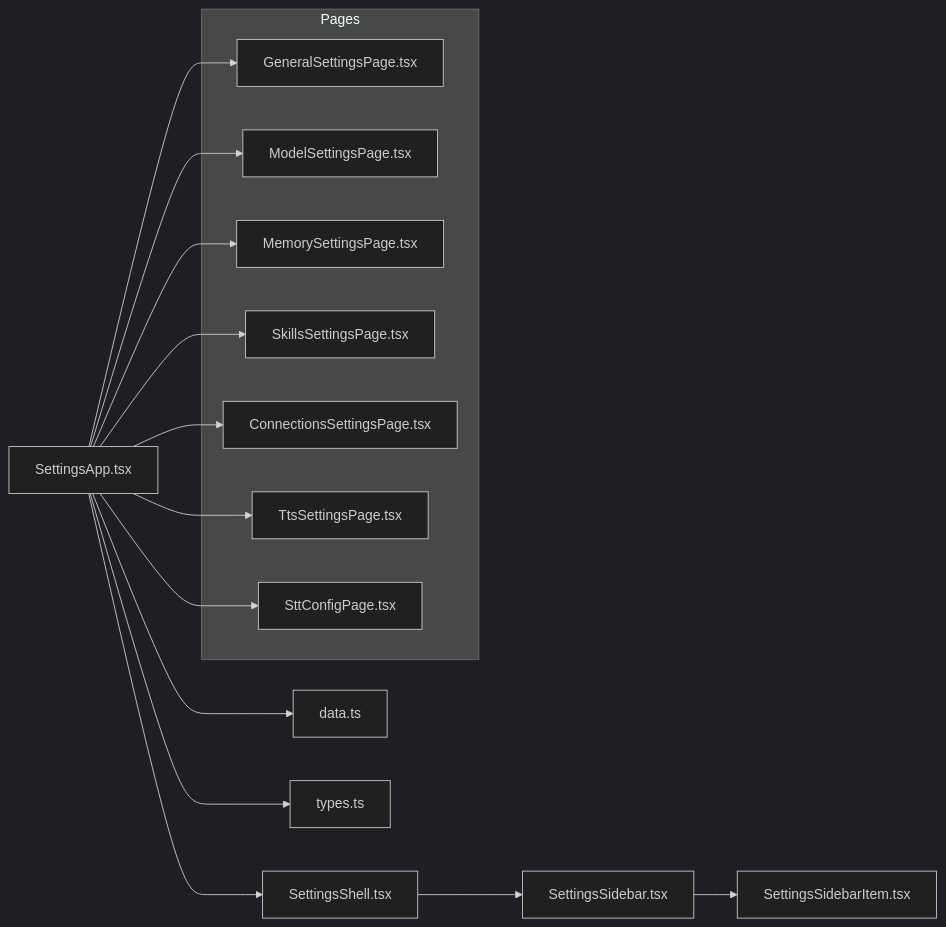
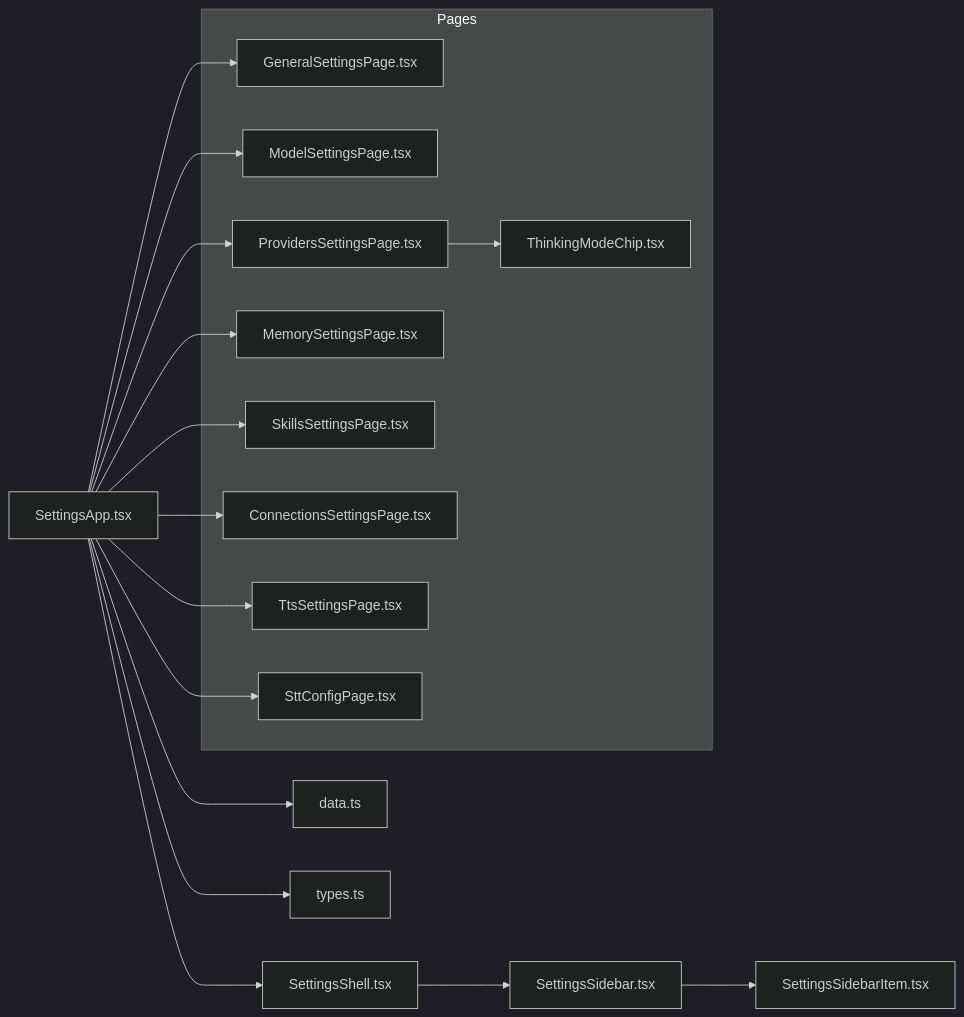
The sixth of 7 diagrams in .qoder/repowiki/en/content/User Interface Components/Settings & Configuration Management.md (novolei/if2Ai), drawn with Mermaid (dark theme) before and after one commit. The commit also changed other lines of this file and 32 other files, not shown here.

````diff
--- a/.qoder/repowiki/en/content/User Interface Components/Settings & Configuration Management.md
+++ b/.qoder/repowiki/en/content/User Interface Components/Settings & Configuration Management.md
@@ -296,24 +354,28 @@
 ```mermaid
 graph LR
 SA["SettingsApp.tsx"] --> DS["data.ts"]
 SA --> TY["types.ts"]
 SA --> SH["SettingsShell.tsx"]
 SH --> SB["SettingsSidebar.tsx"]
 SB --> SI["SettingsSidebarItem.tsx"]
 subgraph "Pages"
 GP["GeneralSettingsPage.tsx"]
 MP["ModelSettingsPage.tsx"]
+PP["ProvidersSettingsPage.tsx"]
 MemP["MemorySettingsPage.tsx"]
 SKP["SkillsSettingsPage.tsx"]
 ConnP["ConnectionsSettingsPage.tsx"]
 TTSP["TtsSettingsPage.tsx"]
 STTP["SttConfigPage.tsx"]
+TMC["ThinkingModeChip.tsx"]
 end
 SA --> GP
 SA --> MP
+SA --> PP
 SA --> MemP
 SA --> SKP
 SA --> ConnP
 SA --> TTSP
 SA --> STTP
+PP --> TMC
 ```
````
